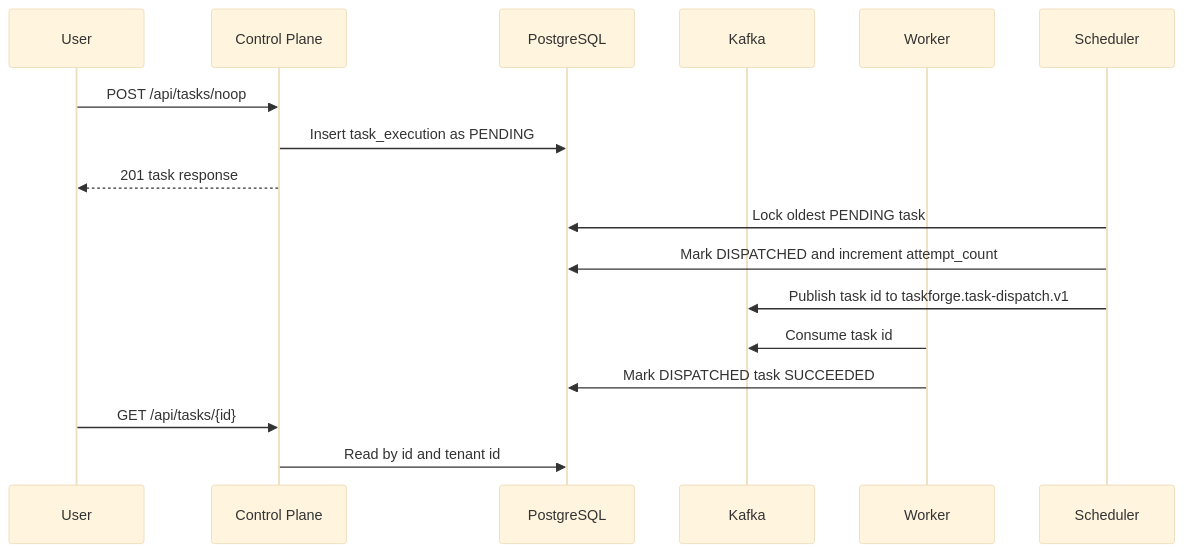
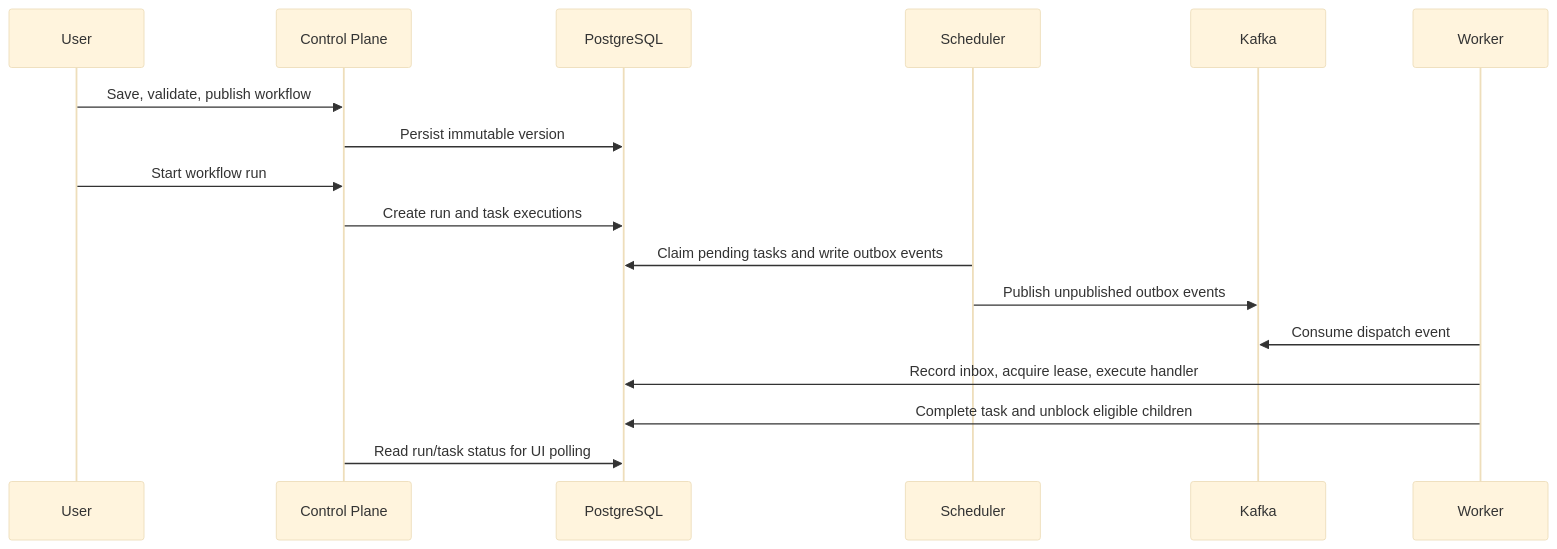
Before and after one commit to mihirgamre/taskforge: the second of 3 diagrams in docs/ARCHITECTURE.md, drawn with Mermaid (base theme). The commit also changed other lines of this file and 21 other files, not shown here.

````diff
--- a/docs/ARCHITECTURE.md
+++ b/docs/ARCHITECTURE.md
@@ -40,18 +42,19 @@
 ```mermaid
 sequenceDiagram
   participant User
   participant Control as Control Plane
   participant DB as PostgreSQL
+  participant Scheduler
   participant Kafka
   participant Worker
-  User->>Control: POST /api/tasks/noop
-  Control->>DB: Insert task_execution as PENDING
-  Control-->>User: 201 task response
-  Scheduler->>DB: Lock oldest PENDING task
-  Scheduler->>DB: Mark DISPATCHED and increment attempt_count
-  Scheduler->>Kafka: Publish task id to taskforge.task-dispatch.v1
-  Worker->>Kafka: Consume task id
-  Worker->>DB: Mark DISPATCHED task SUCCEEDED
-  User->>Control: GET /api/tasks/{id}
-  Control->>DB: Read by id and tenant id
+  User->>Control: Save, validate, publish workflow
+  Control->>DB: Persist immutable version
+  User->>Control: Start workflow run
+  Control->>DB: Create run and task executions
+  Scheduler->>DB: Claim pending tasks and write outbox events
+  Scheduler->>Kafka: Publish unpublished outbox events
+  Worker->>Kafka: Consume dispatch event
+  Worker->>DB: Record inbox, acquire lease, execute handler
+  Worker->>DB: Complete task and unblock eligible children
+  Control->>DB: Read run/task status for UI polling
 ```
````
